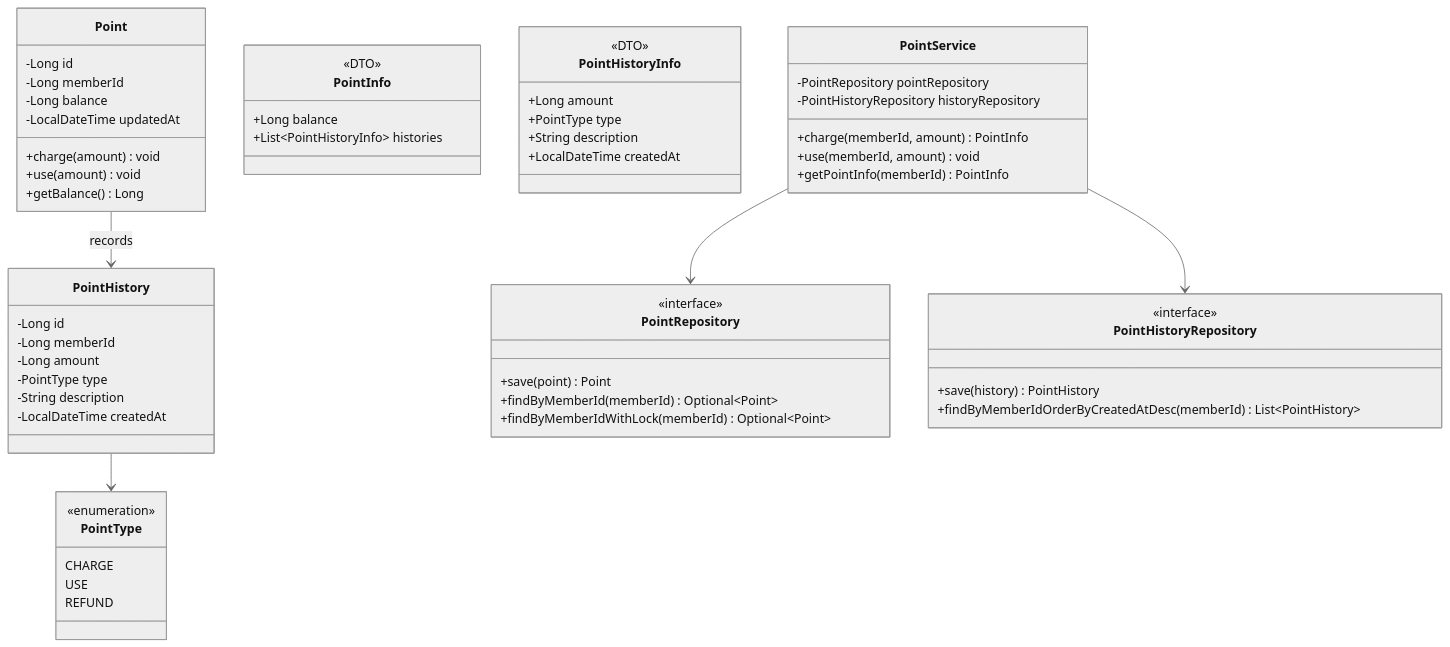
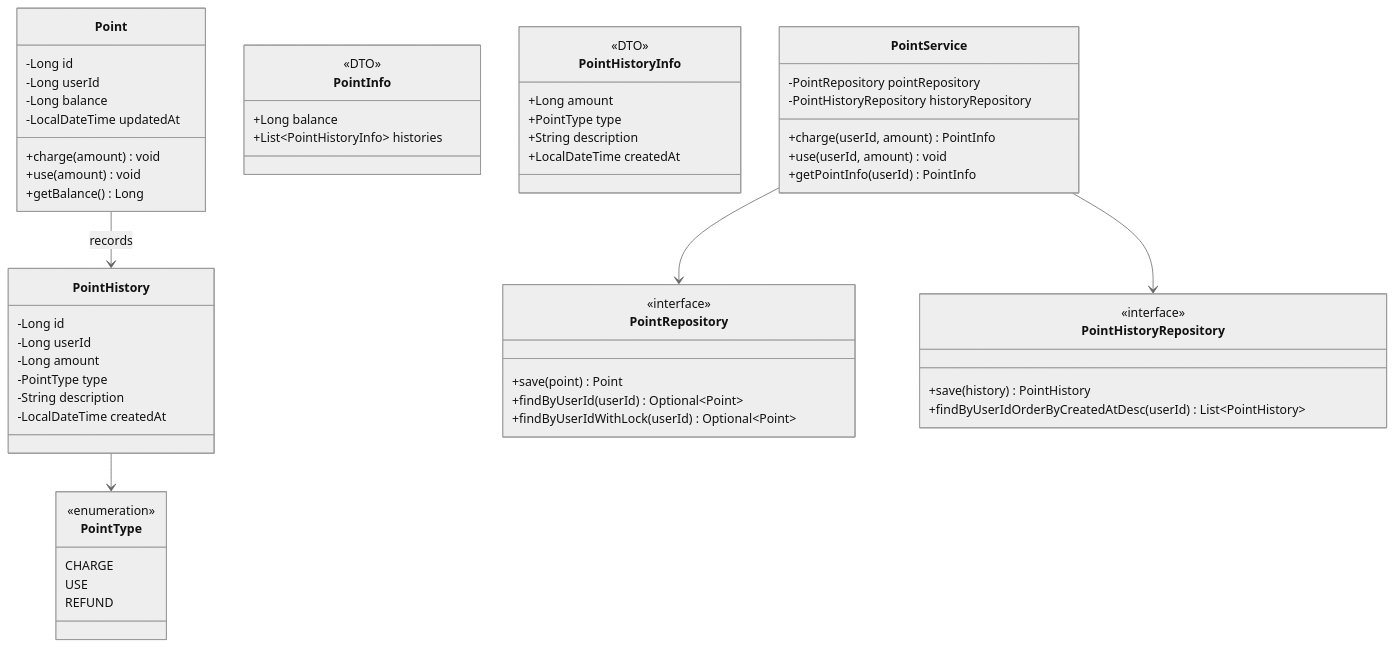
Before and after one commit to yht0827/my-commerce: the third of 8 diagrams in docs/03-class-diagrams.md, drawn with Mermaid (neutral theme). The commit also changed other lines of this file and 25 other files, not shown here.

````diff
--- a/docs/03-class-diagrams.md
+++ b/docs/03-class-diagrams.md
@@ -96,68 +95,68 @@
 ```mermaid
 classDiagram
     class Point {
         -Long id
-        -Long memberId
+        -Long userId
         -Long balance
         -LocalDateTime updatedAt
         +charge(amount) void
         +use(amount) void
         +getBalance() Long
     }
 
     class PointHistory {
         -Long id
-        -Long memberId
+        -Long userId
         -Long amount
         -PointType type
         -String description
         -LocalDateTime createdAt
     }
 
     class PointType {
         <<enumeration>>
         CHARGE
         USE
         REFUND
     }
 
     class PointInfo {
         <<DTO>>
         +Long balance
         +List~PointHistoryInfo~ histories
     }
 
     class PointHistoryInfo {
         <<DTO>>
         +Long amount
         +PointType type
         +String description
         +LocalDateTime createdAt
     }
 
     class PointRepository {
         <<interface>>
         +save(point) Point
-        +findByMemberId(memberId) Optional~Point~
-        +findByMemberIdWithLock(memberId) Optional~Point~
+        +findByUserId(userId) Optional~Point~
+        +findByUserIdWithLock(userId) Optional~Point~
     }
 
     class PointHistoryRepository {
         <<interface>>
         +save(history) PointHistory
-        +findByMemberIdOrderByCreatedAtDesc(memberId) List~PointHistory~
+        +findByUserIdOrderByCreatedAtDesc(userId) List~PointHistory~
     }
 
     class PointService {
         -PointRepository pointRepository
         -PointHistoryRepository historyRepository
-        +charge(memberId, amount) PointInfo
-        +use(memberId, amount) void
-        +getPointInfo(memberId) PointInfo
+        +charge(userId, amount) PointInfo
+        +use(userId, amount) void
+        +getPointInfo(userId) PointInfo
     }
 
     Point --> PointHistory : records
     PointHistory --> PointType
     PointService --> PointRepository
     PointService --> PointHistoryRepository
 ```
````
